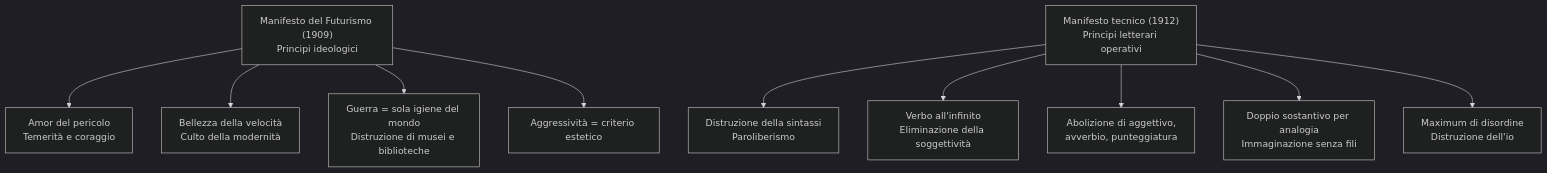
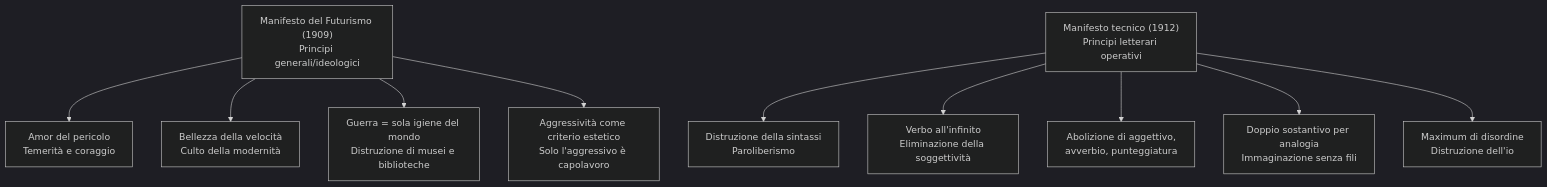
Before and after one commit to riccardo-algorime/appunti-5Bsa: the second of 3 diagrams in italiano/futurismo/riassunto.md, drawn with Mermaid (dark theme). The commit also changed other lines of this file and 7 other files, not shown here.

````diff
--- a/italiano/futurismo/riassunto.md
+++ b/italiano/futurismo/riassunto.md
@@ -94,12 +120,13 @@
 ```mermaid
 flowchart TD
-    A["Manifesto del Futurismo (1909)<br/>Principi ideologici"] --> B["Amor del pericolo<br/>Temerità e coraggio"]
+    A["Manifesto del Futurismo (1909)<br/>Principi generali/ideologici"] --> B["Amor del pericolo<br/>Temerità e coraggio"]
     A --> C["Bellezza della velocità<br/>Culto della modernità"]
     A --> D["Guerra = sola igiene del mondo<br/>Distruzione di musei e biblioteche"]
-    A --> E["Aggressività = criterio estetico"]
+    A --> E["Aggressività come criterio estetico<br/>Solo l'aggressivo è capolavoro"]
+    
     F["Manifesto tecnico (1912)<br/>Principi letterari operativi"] --> G["Distruzione della sintassi<br/>Paroliberismo"]
     F --> H["Verbo all'infinito<br/>Eliminazione della soggettività"]
     F --> I["Abolizione di aggettivo,<br/>avverbio, punteggiatura"]
     F --> J["Doppio sostantivo per analogia<br/>Immaginazione senza fili"]
     F --> K["Maximum di disordine<br/>Distruzione dell'io"]
 ```
````
